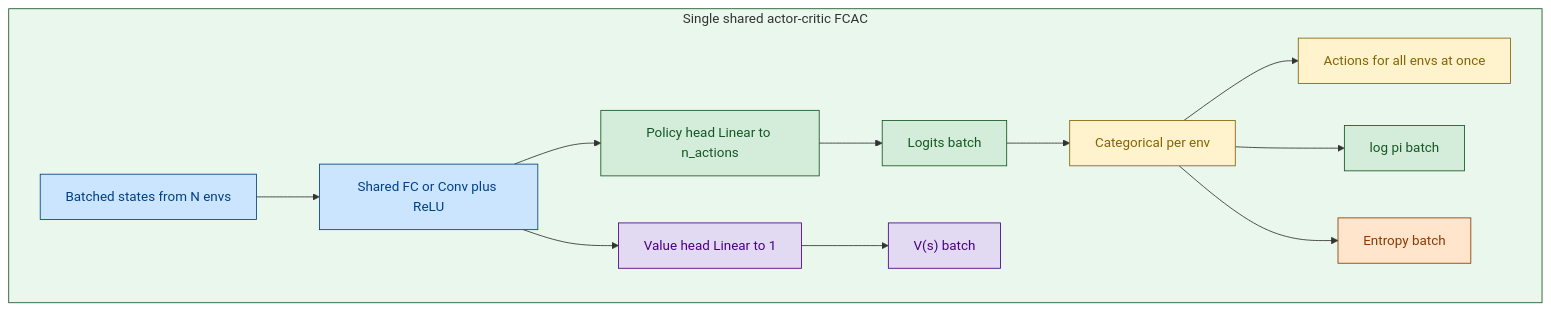
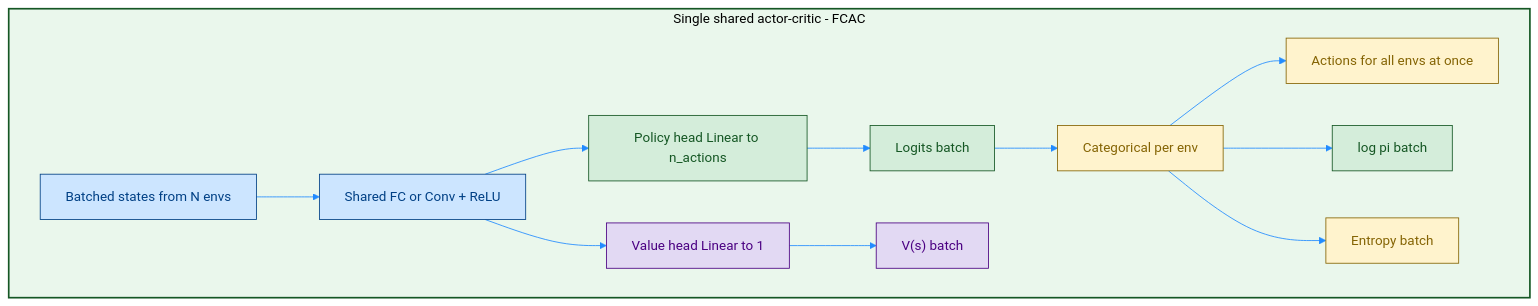
The second of 4 diagrams in Day81 RL python/02_Miguel Morales - Grokking Deep Reinforcement Learning/02_rl_with_dl/rom_photos/10_1_PB_actor-critic_A2C.md (Open-Source-Robotics-For-Myanmar/rl), drawn with Mermaid before and after one commit. The commit also changed other lines of this file and 4 other files, not shown here.

````diff
--- a/Day81 RL python/02_Miguel Morales - Grokking Deep Reinforcement Learning/02_rl_with_dl/rom_photos/10_1_PB_actor-critic_A2C.md
+++ b/Day81 RL python/02_Miguel Morales - Grokking Deep Reinforcement Learning/02_rl_with_dl/rom_photos/10_1_PB_actor-critic_A2C.md
@@ -75,22 +86,27 @@
 ```mermaid
-flowchart TD
-    subgraph Phase1["Single shared actor-critic FCAC"]
-        Batch["Batched states from N envs"]:::shared --> Hidden["Shared FC or Conv plus ReLU"]:::shared
-        Hidden --> PHead["Policy head Linear to n_actions"]:::policy
-        Hidden --> VHead["Value head Linear to 1"]:::value
-        PHead --> Logits["Logits batch"]:::policy
-        Logits --> Dist["Categorical per env"]:::sample
-        Dist --> Act["Actions for all envs at once"]:::sample
-        Dist --> LP["log pi batch"]:::policy
-        Dist --> Ent["Entropy batch"]:::extra
-        VHead --> Vs["V(s) batch"]:::value
+%%{init: {'theme': 'base', 'themeVariables': { 'primaryColor': '#ffffff', 'lineColor': '#218bff'}}}%%
+graph TD
+    subgraph Phase1 [Single shared actor-critic - FCAC]
+        Batch[Batched states from N envs] --> Hidden[Shared FC or Conv + ReLU]
+        Hidden --> PHead[Policy head Linear to n_actions]
+        Hidden --> VHead[Value head Linear to 1]
+        PHead --> Logits[Logits batch]
+        Logits --> Dist[Categorical per env]
+        Dist --> Act[Actions for all envs at once]
+        Dist --> LP[log pi batch]
+        Dist --> Ent[Entropy batch]
+        VHead --> Vs["V(s) batch"]
     end
 
-    classDef shared fill:#cce5ff,stroke:#004085,color:#004085
-    classDef policy fill:#d4edda,stroke:#155724,color:#155724
-    classDef sample fill:#fff3cd,stroke:#856404,color:#856404
-    classDef value fill:#e2d9f3,stroke:#4b0082,color:#4b0082
-    classDef extra fill:#ffe5cc,stroke:#8a3b00,color:#8a3b00
+    classDef shared fill:#cce5ff,stroke:#004085,stroke-width:1px,color:#004085;
+    classDef policy fill:#d4edda,stroke:#155724,stroke-width:1px,color:#155724;
+    classDef sample fill:#fff3cd,stroke:#856404,stroke-width:1px,color:#856404;
+    classDef value fill:#e2d9f3,stroke:#4b0082,stroke-width:1px,color:#4b0082;
 
-    style Phase1 fill:#eaf7ec,stroke:#155724
+    class Batch,Hidden shared;
+    class PHead,Logits,LP policy;
+    class Dist,Act,Ent sample;
+    class VHead,Vs value;
+
+    style Phase1 fill:#eaf7ec,stroke:#155724,stroke-width:2px;
 ```
````
